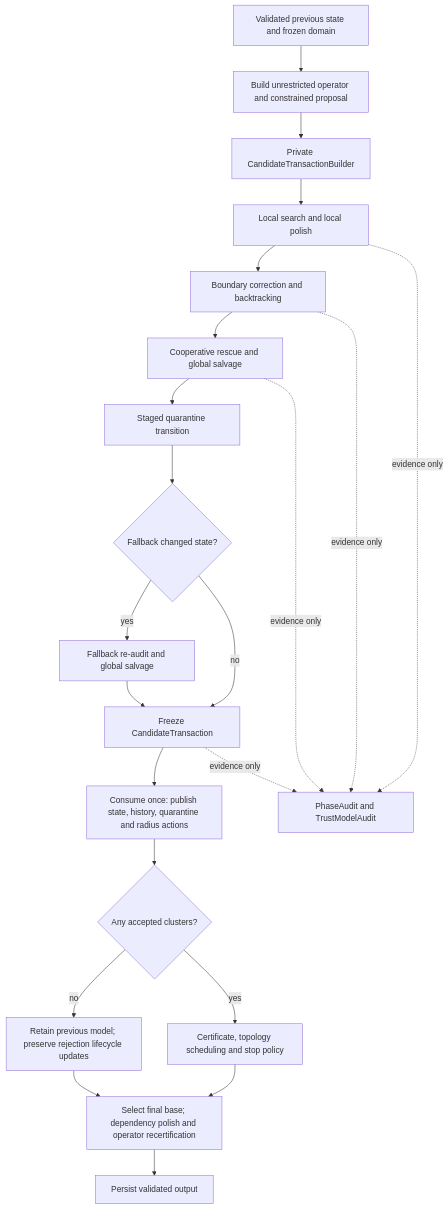
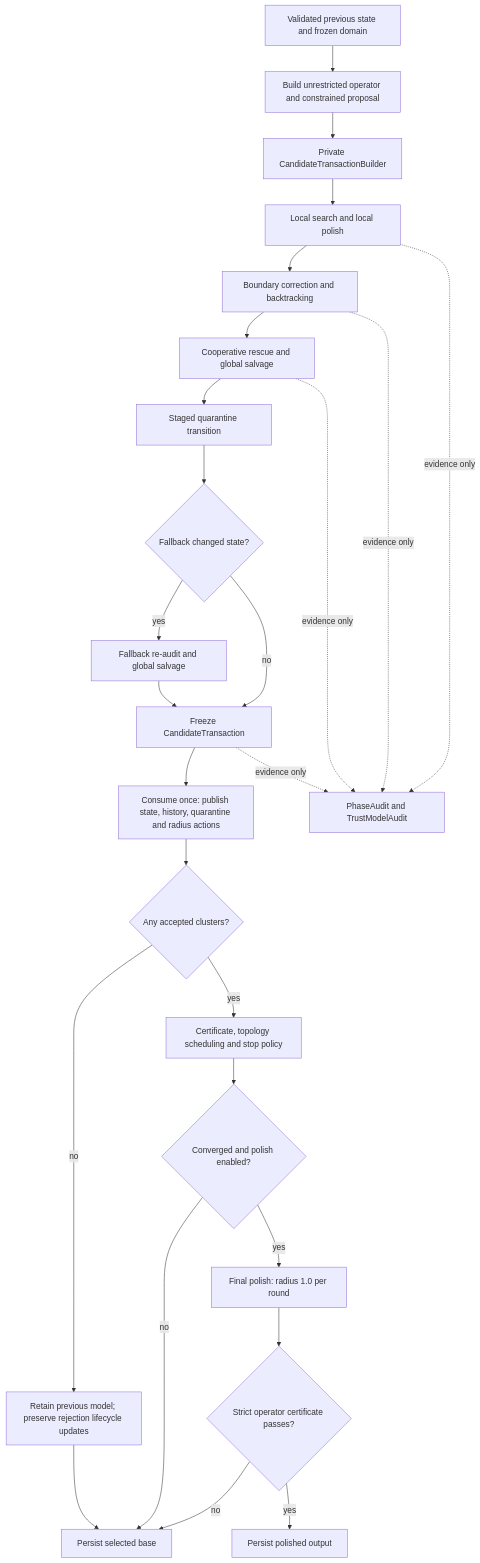
Before and after one commit to yslianTim/rhbm_gem: the diagram in docs/developer/second-stage-p0-structure.md, drawn with Mermaid. The commit also changed other lines of this file and 12 other files, not shown here.

Commit message:
Apply Final dependency polish only for converged / Final polish use fixed radius 1.0

````diff
--- a/docs/developer/second-stage-p0-structure.md
+++ b/docs/developer/second-stage-p0-structure.md
@@ -13,24 +16,28 @@
 ```mermaid
 flowchart TD
     A[Validated previous state and frozen domain] --> B[Build unrestricted operator and constrained proposal]
     B --> C[Private CandidateTransactionBuilder]
     C --> D[Local search and local polish]
     D --> E[Boundary correction and backtracking]
     E --> F[Cooperative rescue and global salvage]
     F --> G[Staged quarantine transition]
     G --> H{Fallback changed state?}
     H -- yes --> I[Fallback re-audit and global salvage]
     H -- no --> J[Freeze CandidateTransaction]
     I --> J
     J --> K[Consume once: publish state, history, quarantine and radius actions]
     K --> L{Any accepted clusters?}
     L -- no --> M[Retain previous model; preserve rejection lifecycle updates]
     L -- yes --> N[Certificate, topology scheduling and stop policy]
-    N --> O[Select final base; dependency polish and operator recertification]
-    M --> O
-    O --> P[Persist validated output]
+    N --> O{Converged and polish enabled?}
+    M --> P[Persist selected base]
+    O -- no --> P
+    O -- yes --> R[Final polish: radius 1.0 per round]
+    R --> S{Strict operator certificate passes?}
+    S -- no --> P
+    S -- yes --> T[Persist polished output]
     D -. evidence only .-> Q[PhaseAudit and TrustModelAudit]
     E -. evidence only .-> Q
     F -. evidence only .-> Q
     J -. evidence only .-> Q
 ```
````
